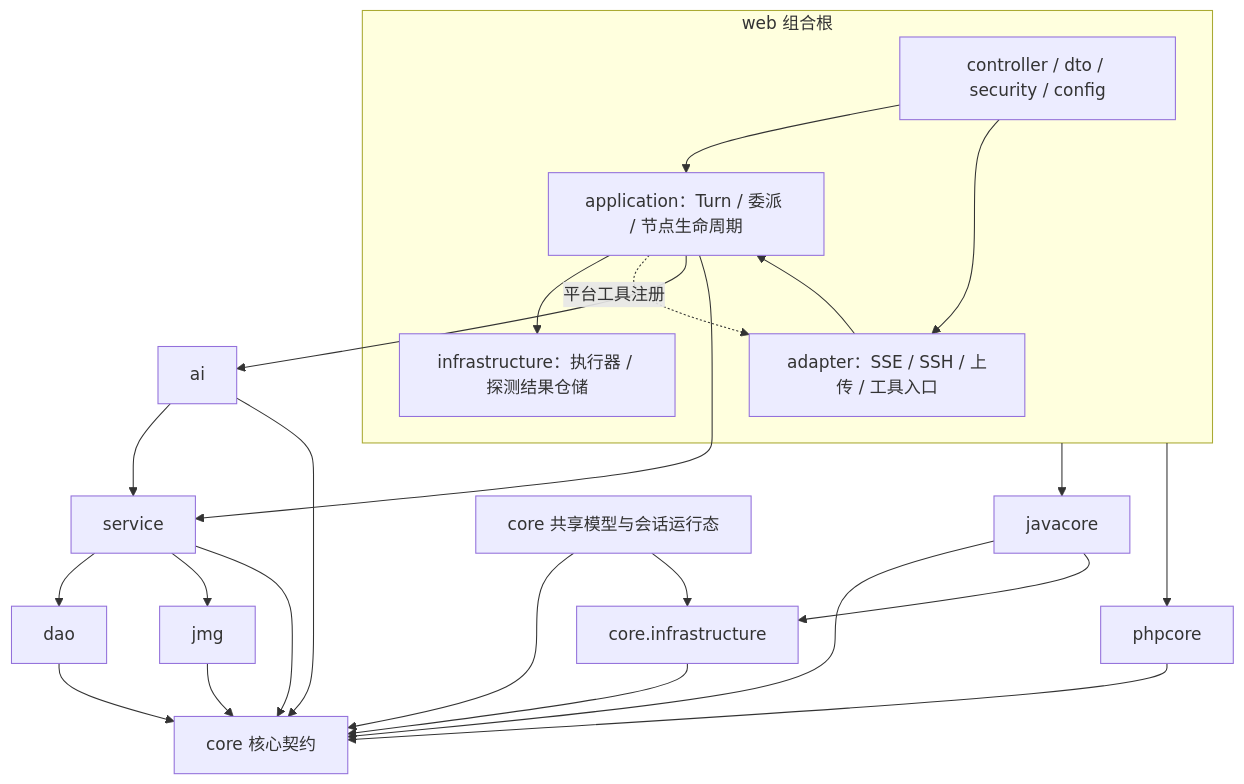
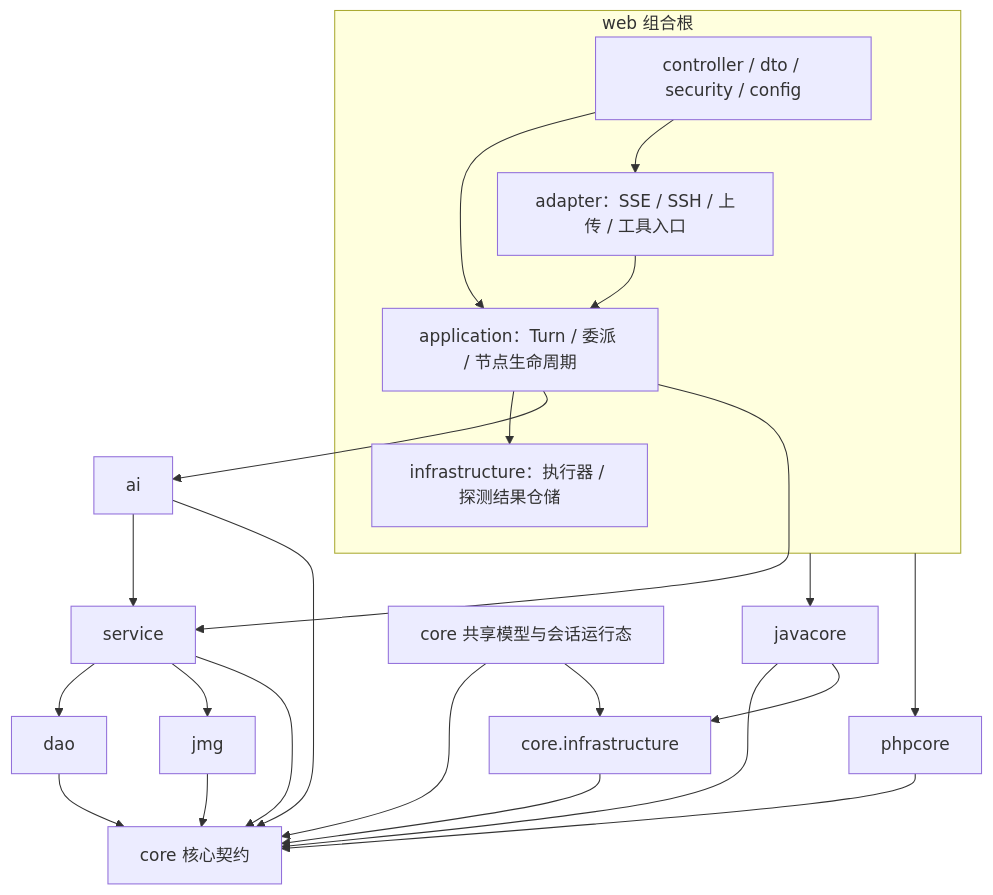
The diagram in docs/module-boundaries.md (cha0upup/LeoAI), drawn with Mermaid before and after one commit. The commit also changed other lines of this file and 7 other files, not shown here.

````diff
--- a/docs/module-boundaries.md
+++ b/docs/module-boundaries.md
@@ -44,31 +46,30 @@
 ```mermaid
 flowchart TD
     subgraph web[web 组合根]
         http[controller / dto / security / config]
         adapter[adapter：SSE / SSH / 上传 / 工具入口]
         app[application：Turn / 委派 / 节点生命周期]
         infra[infrastructure：执行器 / 探测结果仓储]
         http --> app
         http --> adapter
         adapter --> app
         app --> infra
-        app -. 平台工具注册 .-> adapter
     end
     app --> ai
     app --> service
     ai --> service
     service --> dao
     service --> jmg
     web --> java[javacore]
     web --> php[phpcore]
     java --> contracts[core 核心契约]
     php --> contracts
     ai --> contracts
     service --> contracts
     dao --> contracts
     jmg --> contracts
     java --> implementation[core.infrastructure]
     models[core 共享模型与会话运行态] --> contracts
     models --> implementation
     implementation --> contracts
 ```
````
